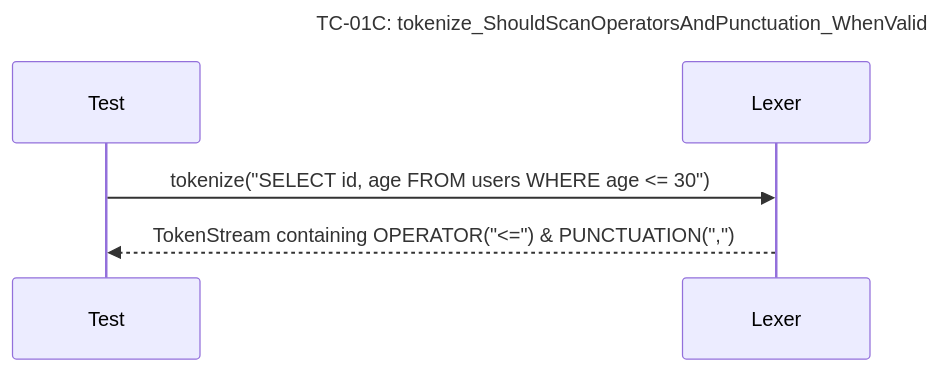
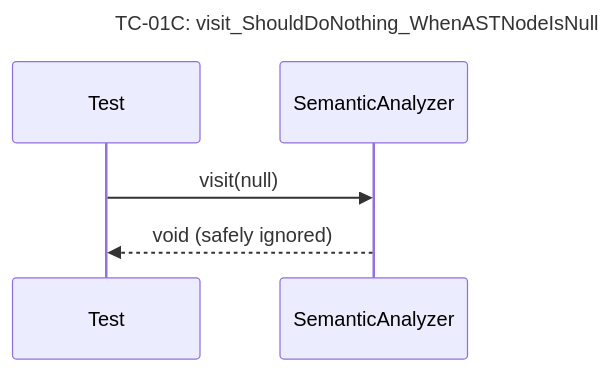
One commit to Dikhang1112/Database_Management_BBV changed the fourth of 30 diagrams in docs/unit_test/query_prossor/SequeceTestCase.md. Above: the diagram before and after it, drawn with Mermaid. The commit also changed other lines of this file and 2 other files, not shown here.

Commit message:
Add unit test for senetic analysis

````diff
--- a/docs/unit_test/query_prossor/SequeceTestCase.md
+++ b/docs/unit_test/query_prossor/SequeceTestCase.md
@@ -49,9 +64,9 @@
 ```mermaid
 sequenceDiagram
-    title TC-01C: tokenize_ShouldScanOperatorsAndPunctuation_WhenValid
+    title TC-01C: visit_ShouldDoNothing_WhenASTNodeIsNull
     participant Test
-    participant Lexer
+    participant SemanticAnalyzer
 
-    Test->>Lexer: tokenize("SELECT id, age FROM users WHERE age <= 30")
-    Lexer-->>Test: TokenStream containing OPERATOR("<=") & PUNCTUATION(",")
+    Test->>SemanticAnalyzer: visit(null)
+    SemanticAnalyzer-->>Test: void (safely ignored)
 ```
````
